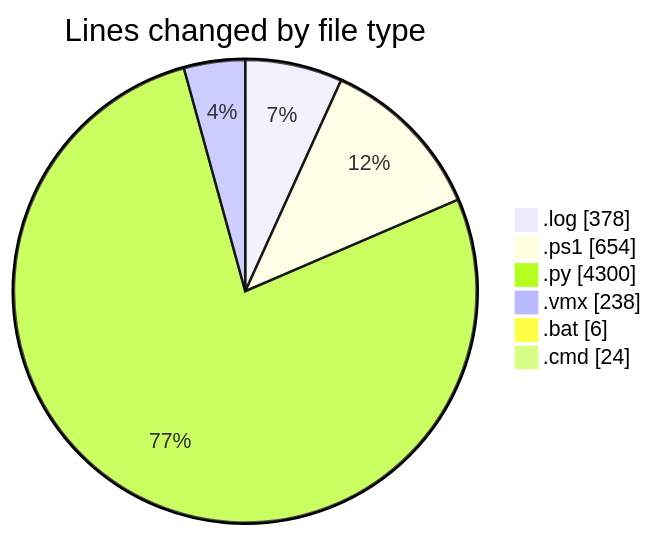
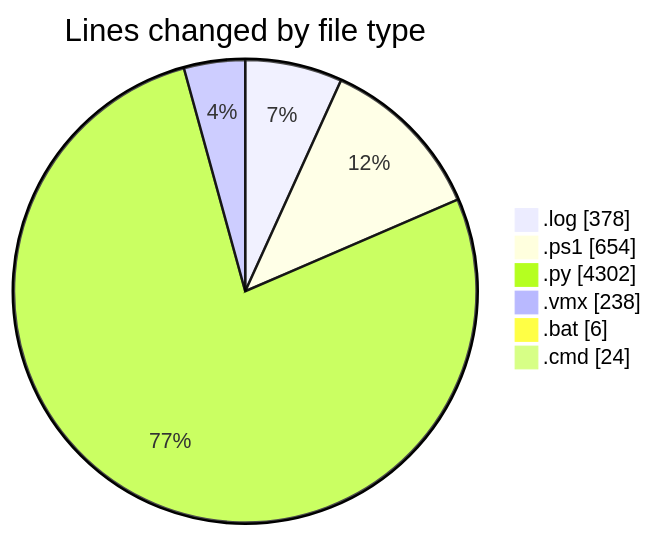
Before and after one commit to shibass792/code-tracking: the first of 2 diagrams in 2026-07-08/twenty_versions_aminor/README.md, drawn with Mermaid. The commit also changed other lines of this file and 1 other file, not shown here.

````diff
--- a/2026-07-08/twenty_versions_aminor/README.md
+++ b/2026-07-08/twenty_versions_aminor/README.md
@@ -49,10 +49,10 @@
 ```mermaid
 pie showData
 title Lines changed by file type
 ".log" : 378
 ".ps1" : 654
-".py" : 4300
+".py" : 4302
 ".vmx" : 238
 ".bat" : 6
 ".cmd" : 24
 ```
````
